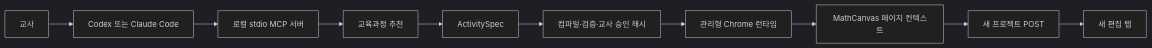
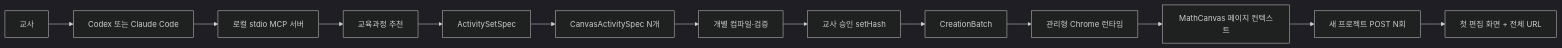
Before and after one commit to kakio426/mathcanvas-ai-authoring: the diagram in docs/ARCHITECTURE.md, drawn with Mermaid (dark theme). The commit also changed other lines of this file and 45 other files, not shown here.

Commit message:
Implement one-problem MathCanvas activity sets

````diff
--- a/docs/ARCHITECTURE.md
+++ b/docs/ARCHITECTURE.md
@@ -7,12 +7,15 @@
 ```mermaid
 flowchart LR
   T["교사"] --> A["Codex 또는 Claude Code"]
   A --> M["로컬 stdio MCP 서버"]
   M --> R["교육과정 추천"]
-  R --> S["ActivitySpec"]
-  S --> V["컴파일·검증·교사 승인 해시"]
-  V --> B["관리형 Chrome 런타임"]
-  B --> P["MathCanvas 페이지 컨텍스트"]
-  P --> N["새 프로젝트 POST"]
-  N --> W["새 편집 탭"]
+  R --> S["ActivitySetSpec"]
+  S --> C["CanvasActivitySpec N개"]
+  C --> V["개별 컴파일·검증"]
+  V --> H["교사 승인 setHash"]
+  H --> B["CreationBatch"]
+  B --> P["관리형 Chrome 런타임"]
+  P --> X["MathCanvas 페이지 컨텍스트"]
+  X --> N["새 프로젝트 POST N회"]
+  N --> W["첫 편집 화면 + 전체 URL"]
 ```
````
